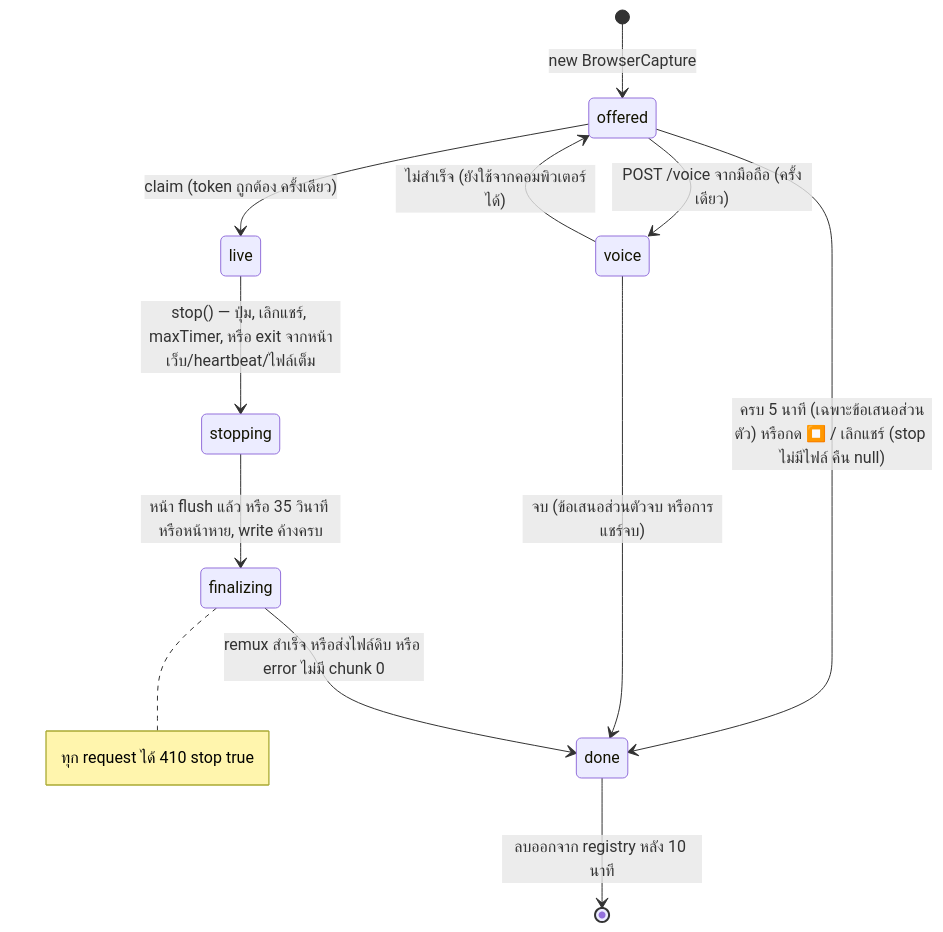
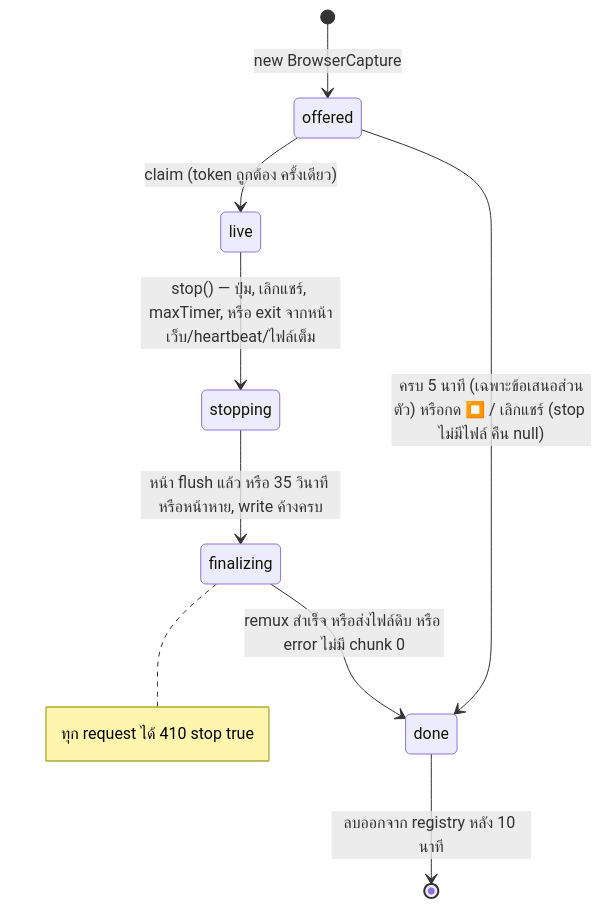
Before and after one commit to rtliz/discord-recorder: the second of 2 diagrams in diagram/11-browser-capture.md, drawn with Mermaid. The commit also changed other lines of this file and 27 other files, not shown here.

````diff
--- a/diagram/11-browser-capture.md
+++ b/diagram/11-browser-capture.md
@@ -106,16 +96,13 @@
 ```mermaid
 stateDiagram-v2
     [*] --> offered: new BrowserCapture
     offered --> live: claim (token ถูกต้อง ครั้งเดียว)
     offered --> done: ครบ 5 นาที (เฉพาะข้อเสนอส่วนตัว) หรือกด ⏹️ / เลิกแชร์ (stop ไม่มีไฟล์ คืน null)
-    offered --> voice: POST /voice จากมือถือ (ครั้งเดียว)
-    voice --> offered: ไม่สำเร็จ (ยังใช้จากคอมพิวเตอร์ได้)
-    voice --> done: จบ (ข้อเสนอส่วนตัวจบ หรือการแชร์จบ)
     live --> stopping: stop() — ปุ่ม, เลิกแชร์, maxTimer, หรือ exit จากหน้าเว็บ/heartbeat/ไฟล์เต็ม
     stopping --> finalizing: หน้า flush แล้ว หรือ 35 วินาที หรือหน้าหาย, write ค้างครบ
     finalizing --> done: remux สำเร็จ หรือส่งไฟล์ดิบ หรือ error ไม่มี chunk 0
     done --> [*]: ลบออกจาก registry หลัง 10 นาที
     note right of finalizing
         ทุก request ได้ 410 stop true
     end note
 ```
````
